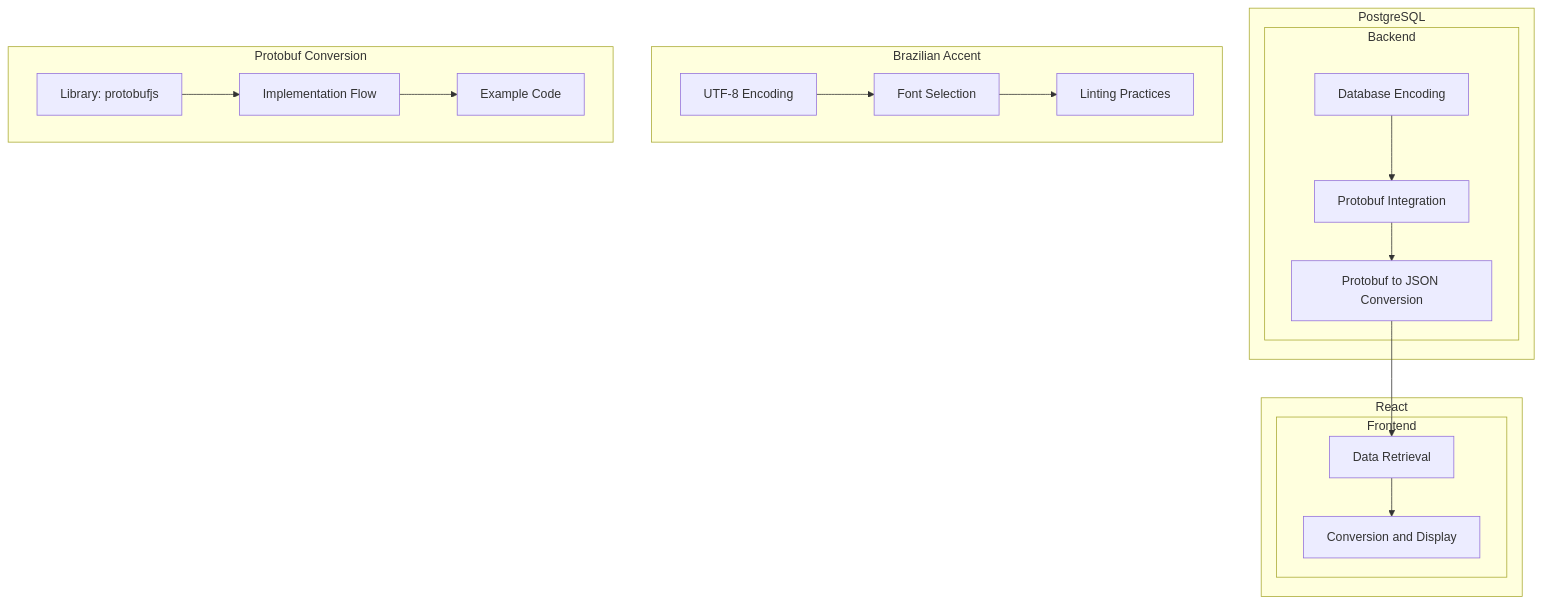
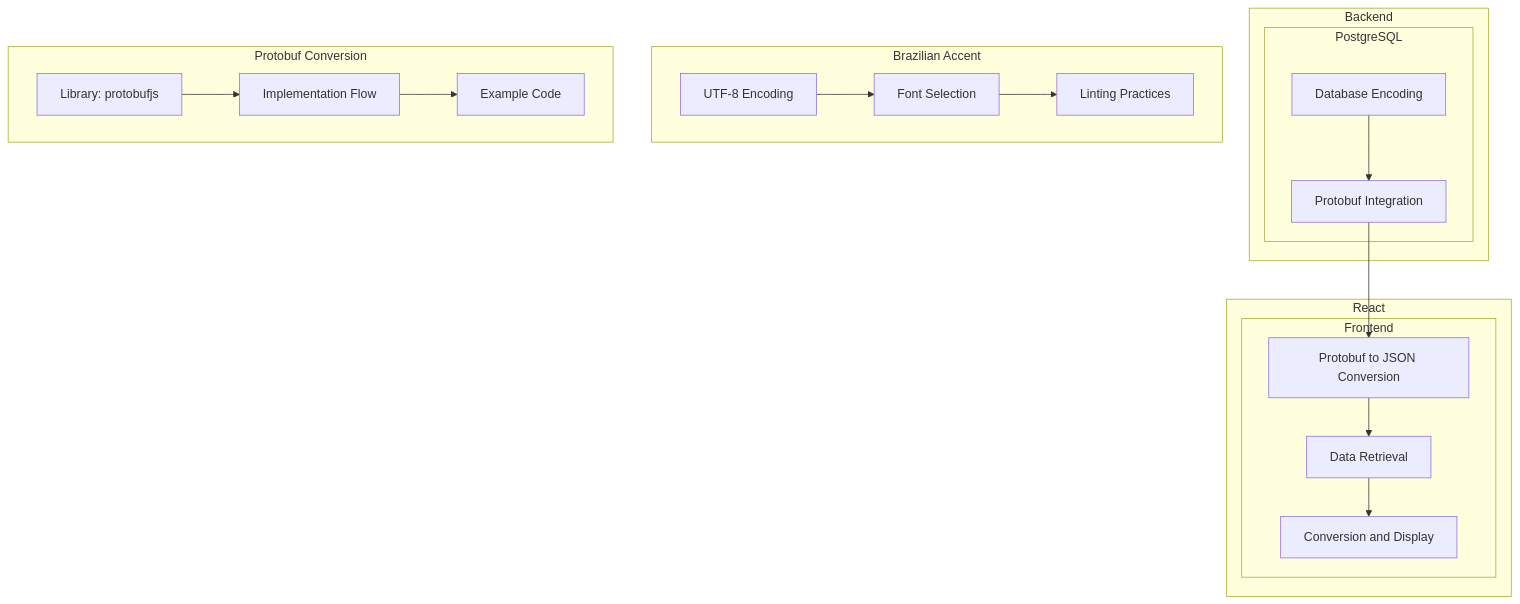
One commit to LuigiClemente/cube_zammad changed the diagram in protobof.md. Above: the diagram before and after it, drawn with Mermaid.

````diff
--- a/protobof.md
+++ b/protobof.md
@@ -1,33 +1,33 @@
 ```mermaid
 flowchart TD
+  subgraph Backend
   subgraph PostgreSQL
-    subgraph Backend
       A[Database Encoding]
       B[Protobuf Integration]
-      C[Protobuf to JSON Conversion]
     end
   end
 
   subgraph React
     subgraph Frontend
+      C[Protobuf to JSON Conversion]
       D[Data Retrieval]
       E[Conversion and Display]
     end
   end
 
   subgraph Brazilian Accent
     F[UTF-8 Encoding]
     G[Font Selection]
     H[Linting Practices]
   end
 
   subgraph Protobuf Conversion
     I[Library: protobufjs]
     J[Implementation Flow]
     K[Example Code]
   end
 
   A --> B --> C --> D --> E
   F --> G --> H
   I --> J --> K
 ```
````
